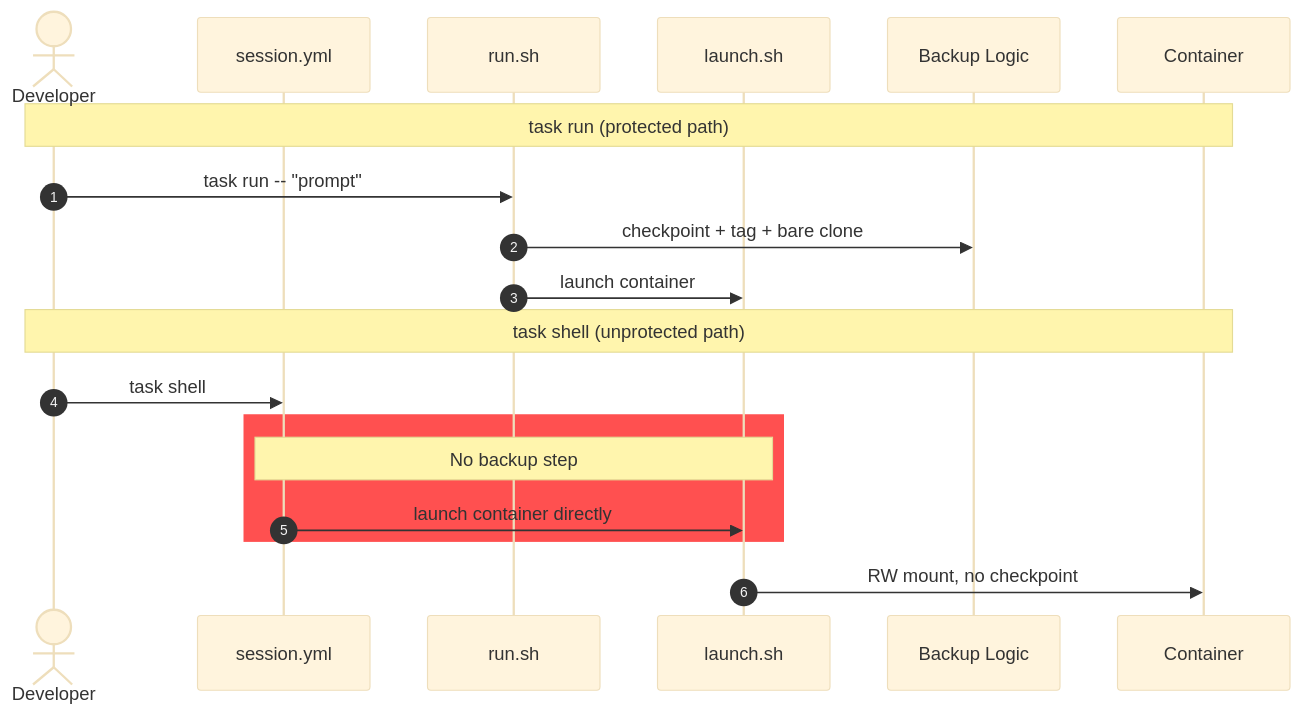
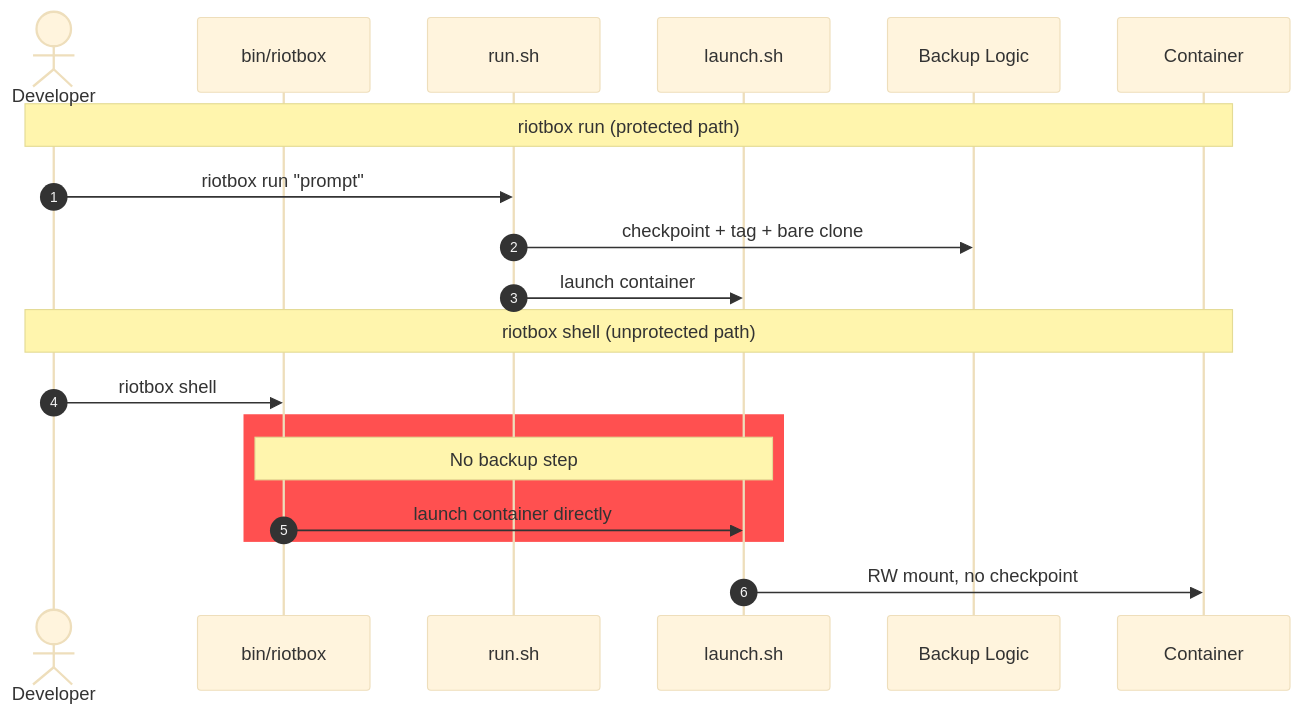
The fourth of 13 diagrams in THREAT_MODEL.md (trevor-vaughan/claude-riotbox), drawn with Mermaid before and after one commit. The commit also changed other lines of this file and 3 other files, not shown here.

Commit message:
refactor: remove task from the runtime path (dispatcher owns it)

````diff
--- a/THREAT_MODEL.md
+++ b/THREAT_MODEL.md
@@ -494,24 +494,24 @@
 ```mermaid
 %%{init: {'theme': 'base'}}%%
 sequenceDiagram
   autonumber
   actor Dev as Developer
-  participant Task as session.yml
+  participant CLI as bin/riotbox
   participant Run as run.sh
   participant Launch as launch.sh
   participant Backup as Backup Logic
   participant Container as Container
 
-  Note over Dev,Container: task run (protected path)
-  Dev->>Run: task run -- "prompt"
+  Note over Dev,Container: riotbox run (protected path)
+  Dev->>Run: riotbox run "prompt"
   Run->>Backup: checkpoint + tag + bare clone
   Run->>Launch: launch container
 
-  Note over Dev,Container: task shell (unprotected path)
-  Dev->>Task: task shell
+  Note over Dev,Container: riotbox shell (unprotected path)
+  Dev->>CLI: riotbox shell
   rect rgb(255, 80, 80)
-    Note over Task,Launch: No backup step
-    Task->>Launch: launch container directly
+    Note over CLI,Launch: No backup step
+    CLI->>Launch: launch container directly
   end
   Launch->>Container: RW mount, no checkpoint
 ```
````
